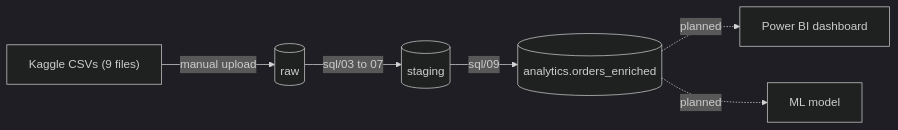
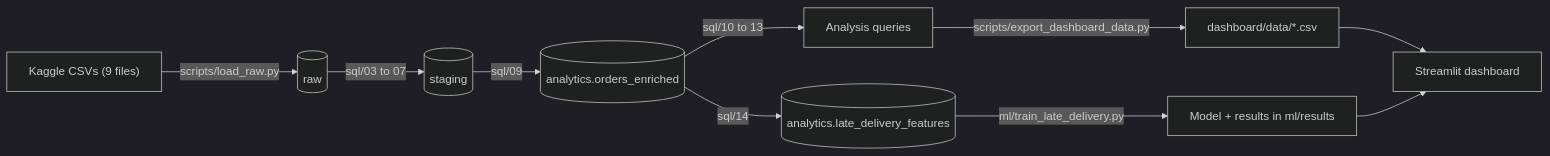
Before and after one commit to jalsavani/olist-analytics: the diagram in README.md, drawn with Mermaid (dark theme). The commit also changed other lines of this file and 1 other file, not shown here.

First line of the commit message:
Update README and requirements for analysis, dashboard and ML layers

````diff
--- a/README.md
+++ b/README.md
@@ -13,8 +13,12 @@
 ```mermaid
 flowchart LR
-  A["Kaggle CSVs (9 files)"] -->|manual upload| B[("raw")]
+  A["Kaggle CSVs (9 files)"] -->|"scripts/load_raw.py"| B[("raw")]
   B -->|"sql/03 to 07"| C[("staging")]
   C -->|"sql/09"| D[("analytics.orders_enriched")]
-  D -.->|planned| E["Power BI dashboard"]
-  D -.->|planned| F["ML model"]
+  D -->|"sql/10 to 13"| G["Analysis queries"]
+  G -->|"scripts/export_dashboard_data.py"| H["dashboard/data/*.csv"]
+  H --> E["Streamlit dashboard"]
+  D -->|"sql/14"| I[("analytics.late_delivery_features")]
+  I -->|"ml/train_late_delivery.py"| F["Model + results in ml/results"]
+  F --> E
 ```
````
